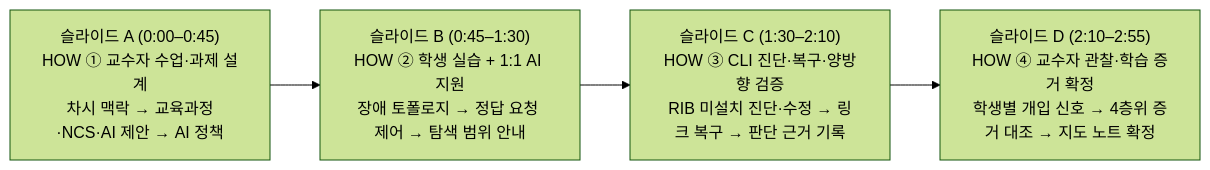
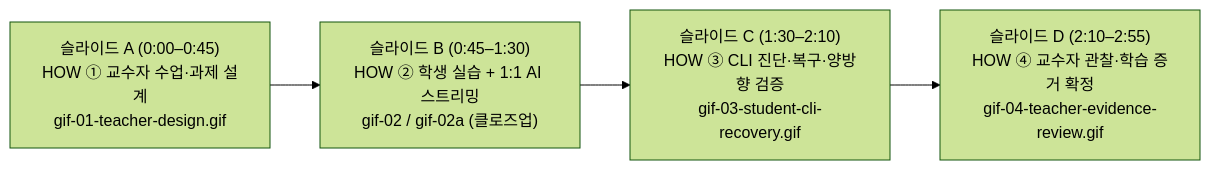
Before and after one commit to trace-edu-equipment-competition-2026/trace-demo-2026: the diagram in docs/demo_video_guide.md, drawn with Mermaid (forest theme). The commit also changed other lines of this file and 10 other files, not shown here.

````diff
--- a/docs/demo_video_guide.md
+++ b/docs/demo_video_guide.md
@@ -8,6 +12,6 @@
 ```mermaid
 flowchart LR
-  H1["슬라이드 A (0:00–0:45)\nHOW ① 교수자 수업·과제 설계\n차시 맥락 → 교육과정·NCS·AI 제안 → AI 정책"] --> H2["슬라이드 B (0:45–1:30)\nHOW ② 학생 실습 + 1:1 AI 지원\n장애 토폴로지 → 정답 요청 제어 → 탐색 범위 안내"]
-  H2 --> H3["슬라이드 C (1:30–2:10)\nHOW ③ CLI 진단·복구·양방향 검증\nRIB 미설치 진단·수정 → 링크 복구 → 판단 근거 기록"]
-  H3 --> H4["슬라이드 D (2:10–2:55)\nHOW ④ 교수자 관찰·학습 증거 확정\n학생별 개입 신호 → 4층위 증거 대조 → 지도 노트 확정"]
+  H1["슬라이드 A (0:00–0:45)\nHOW ① 교수자 수업·과제 설계\ngif-01-teacher-design.gif"] --> H2["슬라이드 B (0:45–1:30)\nHOW ② 학생 실습 + 1:1 AI 스트리밍\ngif-02 / gif-02a (클로즈업)"]
+  H2 --> H3["슬라이드 C (1:30–2:10)\nHOW ③ CLI 진단·복구·양방향 검증\ngif-03-student-cli-recovery.gif"]
+  H3 --> H4["슬라이드 D (2:10–2:55)\nHOW ④ 교수자 관찰·학습 증거 확정\ngif-04-teacher-evidence-review.gif"]
 ```
````
